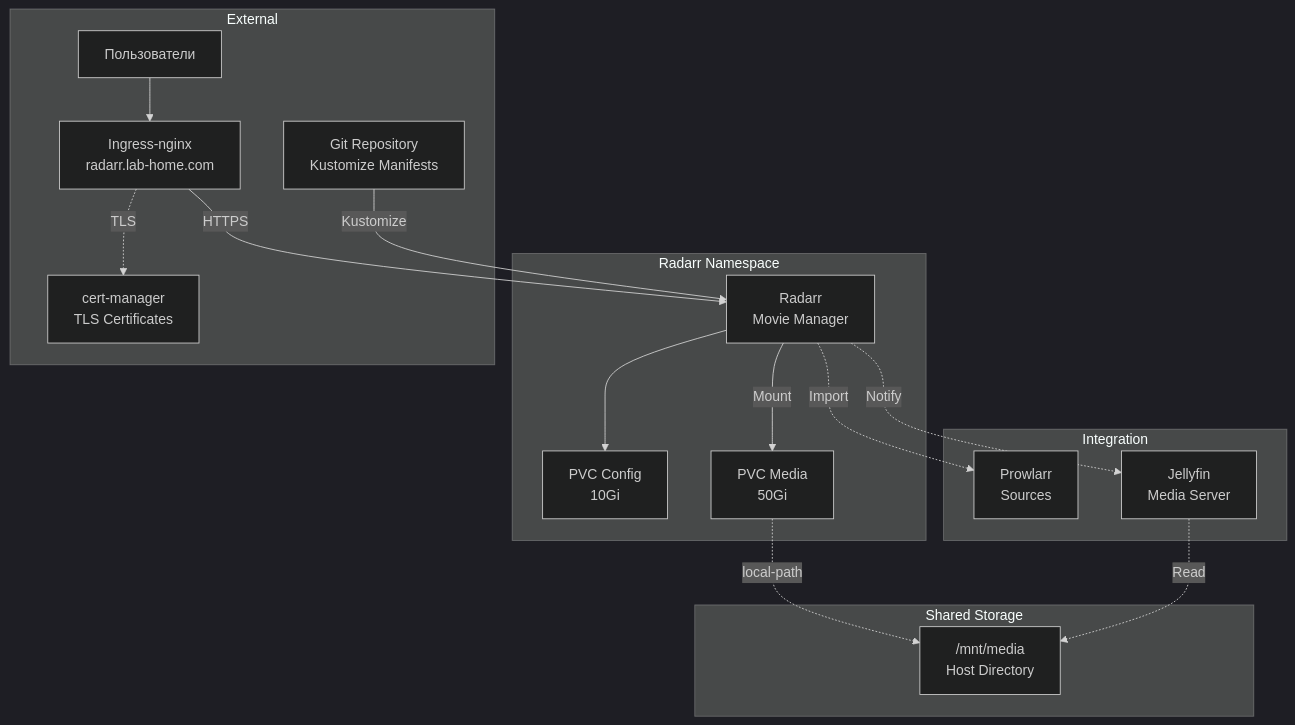
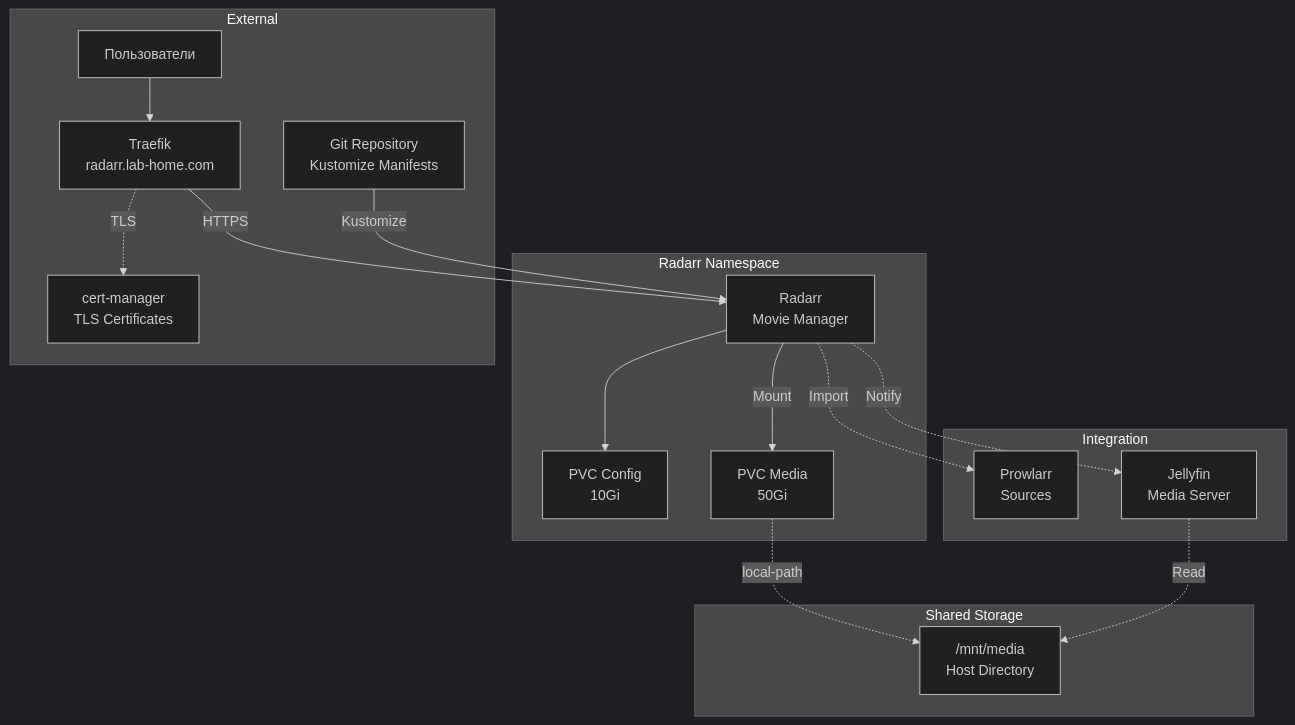
The diagram in argocd-apps/media-server-stack/radarr/README.md (barmaglot351/k3s-test), drawn with Mermaid (dark theme) before and after one commit. The commit also changed other lines of this file and 6 other files, not shown here.

````diff
--- a/argocd-apps/media-server-stack/radarr/README.md
+++ b/argocd-apps/media-server-stack/radarr/README.md
@@ -84,37 +84,37 @@
 ```mermaid
 graph TB
     subgraph radarrNs [Radarr Namespace]
         Radarr[Radarr<br/>Movie Manager]
         ConfigPVC[PVC Config<br/>10Gi]
         MediaPVC[PVC Media<br/>50Gi]
     end
     
     subgraph external [External]
-        Ingress[Ingress-nginx<br/>radarr.lab-home.com]
+        Ingress[Traefik<br/>radarr.lab-home.com]
         CertManager[cert-manager<br/>TLS Certificates]
         Users[Пользователи]
         GitRepo[Git Repository<br/>Kustomize Manifests]
     end
     
     subgraph integration [Integration]
         Prowlarr[Prowlarr<br/>Sources]
         Jellyfin[Jellyfin<br/>Media Server]
     end
     
     subgraph storage [Shared Storage]
         HostMedia["/mnt/media<br/>Host Directory"]
     end
     
     Users --> Ingress
     Ingress -->|HTTPS| Radarr
     Ingress -.->|TLS| CertManager
     Radarr --> ConfigPVC
     Radarr -->|Mount| MediaPVC
     GitRepo -->|Kustomize| Radarr
     
     MediaPVC -.->|local-path| HostMedia
     
     Radarr -.->|Import| Prowlarr
     Radarr -.->|Notify| Jellyfin
     Jellyfin -.->|Read| HostMedia
 ```
````
